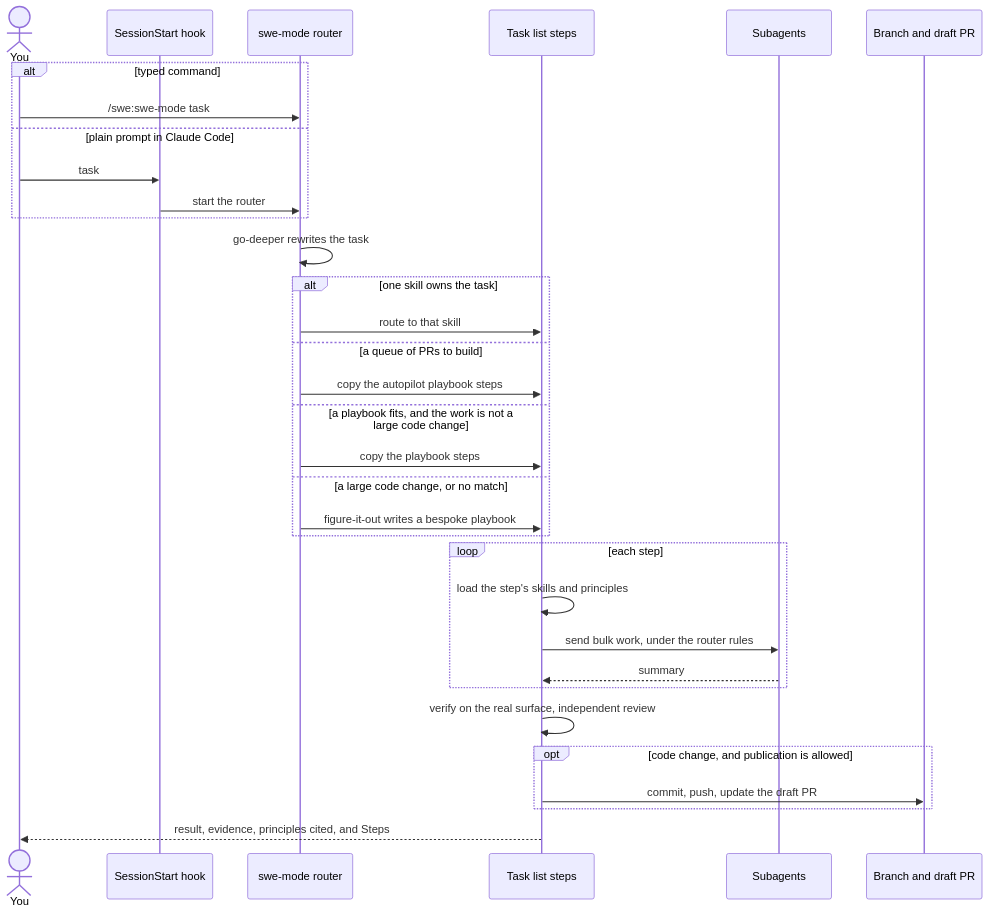
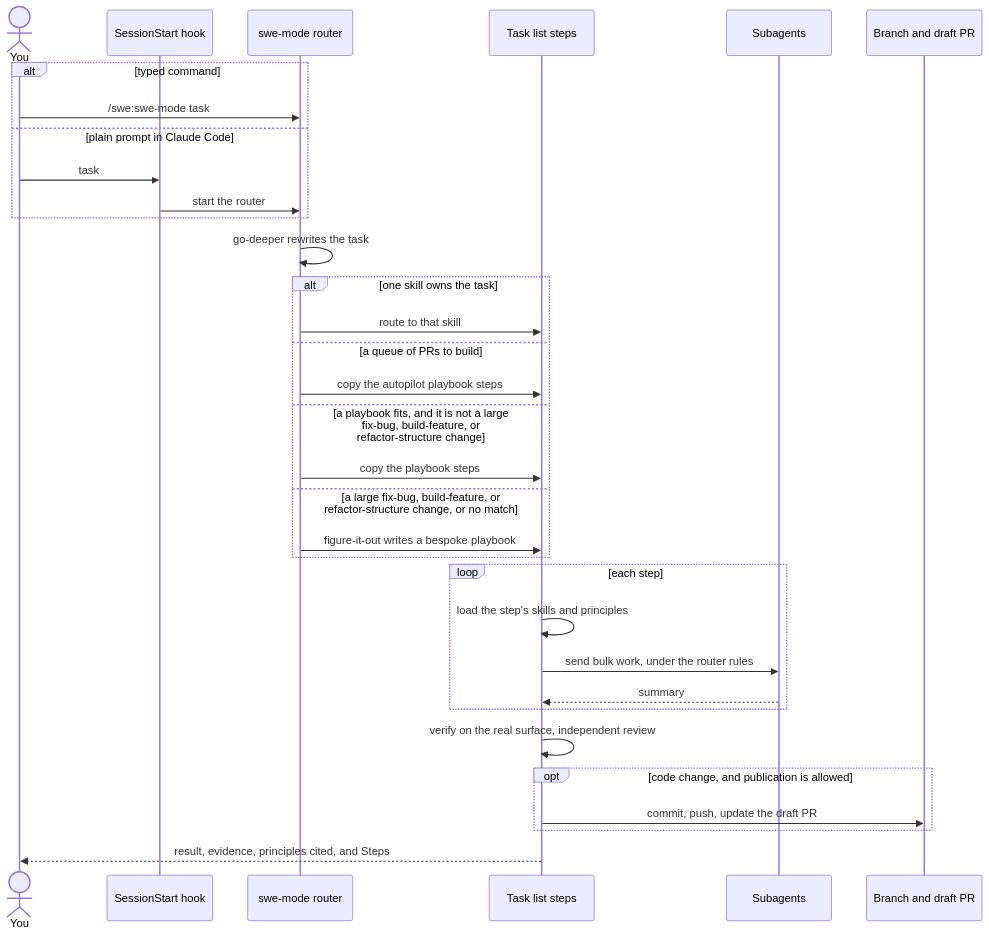
The diagram in plugins/swe/README.md (kpeez/agent-toolbox), drawn with Mermaid before and after one commit. The commit also changed other lines of this file and 9 other files, not shown here.

````diff
--- a/plugins/swe/README.md
+++ b/plugins/swe/README.md
@@ -87,36 +87,36 @@
 ```mermaid
 sequenceDiagram
   actor You
   participant Hook as SessionStart hook
   participant Router as swe-mode router
   participant Steps as Task list steps
   participant Sub as Subagents
   participant PR as Branch and draft PR
 
   alt typed command
     You->>Router: /swe:swe-mode task
   else plain prompt in Claude Code
     You->>Hook: task
     Hook->>Router: start the router
   end
   Router->>Router: go-deeper rewrites the task
   alt one skill owns the task
     Router->>Steps: route to that skill
   else a queue of PRs to build
     Router->>Steps: copy the autopilot playbook steps
-  else a playbook fits, and the work is not a large code change
+  else a playbook fits, and it is not a large fix-bug, build-feature, or refactor-structure change
     Router->>Steps: copy the playbook steps
-  else a large code change, or no match
+  else a large fix-bug, build-feature, or refactor-structure change, or no match
     Router->>Steps: figure-it-out writes a bespoke playbook
   end
   loop each step
     Steps->>Steps: load the step's skills and principles
     Steps->>Sub: send bulk work, under the router rules
     Sub-->>Steps: summary
   end
   Steps->>Steps: verify on the real surface, independent review
   opt code change, and publication is allowed
     Steps->>PR: commit, push, update the draft PR
   end
   Steps-->>You: result, evidence, principles cited, and Steps
 ```
````
